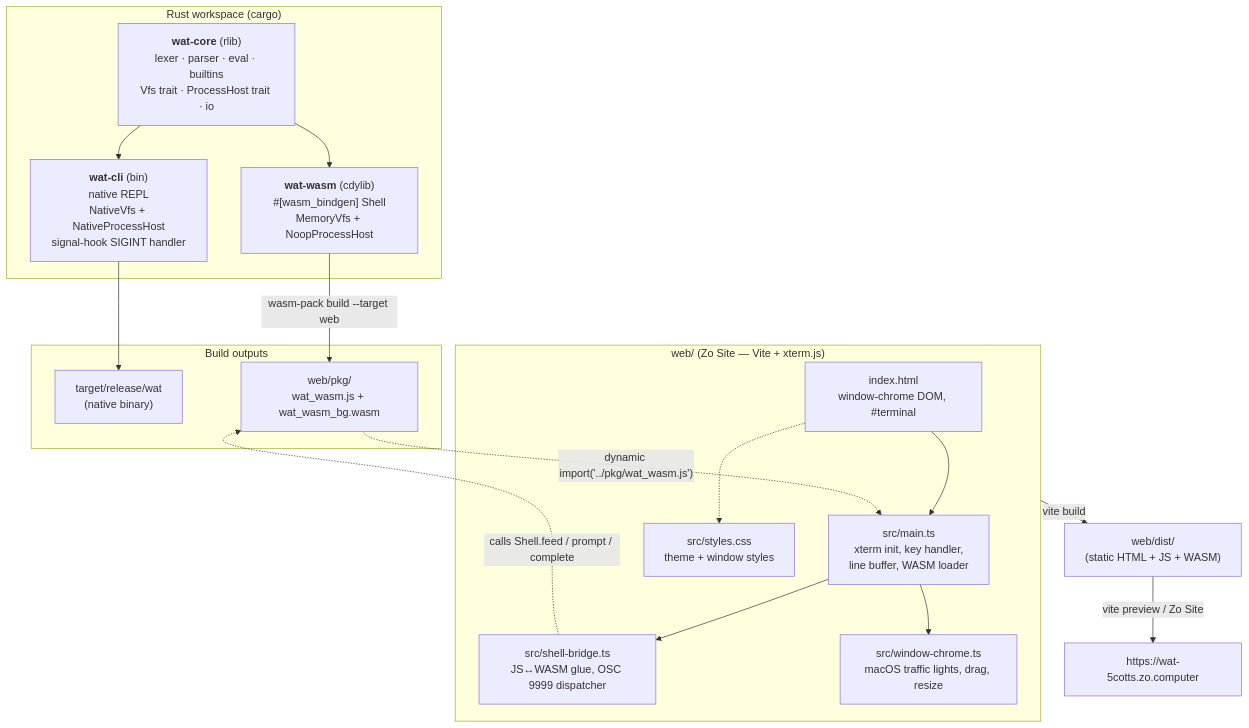
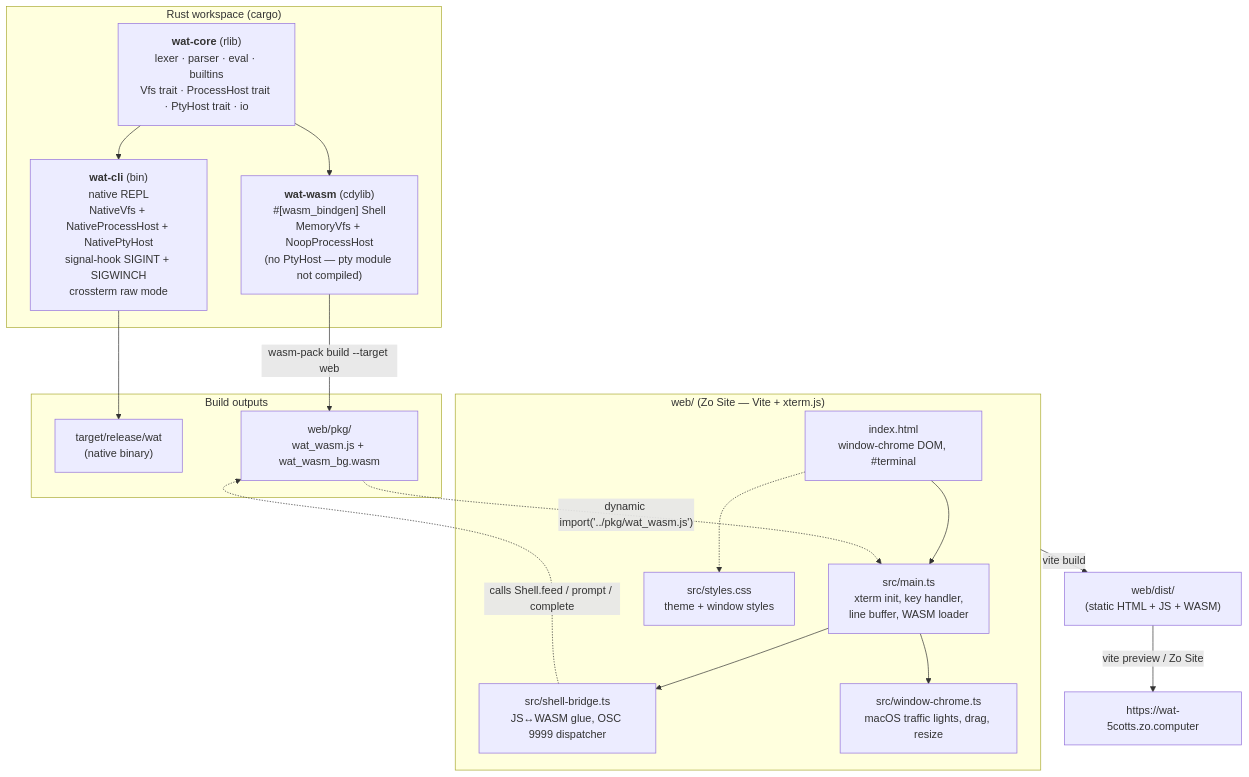
One commit to 5cotts/wat changed the first of 2 diagrams in README.md. Above: the diagram before and after it, drawn with Mermaid. The commit also changed other lines of this file, not shown here.

````diff
--- a/README.md
+++ b/README.md
@@ -70,35 +75,35 @@
 ```mermaid
 flowchart TB
   subgraph Rust["Rust workspace (cargo)"]
-    core["<b>wat-core</b> (rlib)<br/>lexer · parser · eval · builtins<br/>Vfs trait · ProcessHost trait · io"]
-    cli["<b>wat-cli</b> (bin)<br/>native REPL<br/>NativeVfs + NativeProcessHost<br/>signal-hook SIGINT handler"]
-    wasm["<b>wat-wasm</b> (cdylib)<br/>#[wasm_bindgen] Shell<br/>MemoryVfs + NoopProcessHost"]
+    core["<b>wat-core</b> (rlib)<br/>lexer · parser · eval · builtins<br/>Vfs trait · ProcessHost trait · PtyHost trait · io"]
+    cli["<b>wat-cli</b> (bin)<br/>native REPL<br/>NativeVfs + NativeProcessHost + NativePtyHost<br/>signal-hook SIGINT + SIGWINCH<br/>crossterm raw mode"]
+    wasm["<b>wat-wasm</b> (cdylib)<br/>#[wasm_bindgen] Shell<br/>MemoryVfs + NoopProcessHost<br/>(no PtyHost — pty module not compiled)"]
     core --> cli
     core --> wasm
   end
 
   subgraph Build["Build outputs"]
     binary["target/release/wat<br/>(native binary)"]
     pkg["web/pkg/<br/>wat_wasm.js + wat_wasm_bg.wasm"]
     cli --> binary
     wasm -- "wasm-pack build --target web" --> pkg
   end
 
   subgraph Web["web/ (Zo Site — Vite + xterm.js)"]
     html["index.html<br/>window-chrome DOM, #terminal"]
     main["src/main.ts<br/>xterm init, key handler,<br/>line buffer, WASM loader"]
     bridge["src/shell-bridge.ts<br/>JS↔WASM glue, OSC 9999 dispatcher"]
     chrome["src/window-chrome.ts<br/>macOS traffic lights, drag, resize"]
     css["src/styles.css<br/>theme + window styles"]
     html --> main
     main --> bridge
     main --> chrome
     html -.-> css
   end
 
   pkg -. "dynamic import('../pkg/wat_wasm.js')" .-> main
   bridge -. "calls Shell.feed / prompt / complete" .-> pkg
 
   Web -- "vite build" --> dist["web/dist/<br/>(static HTML + JS + WASM)"]
   dist -- "vite preview / Zo Site" --> live["https://wat-5cotts.zo.computer"]
 ```
````
